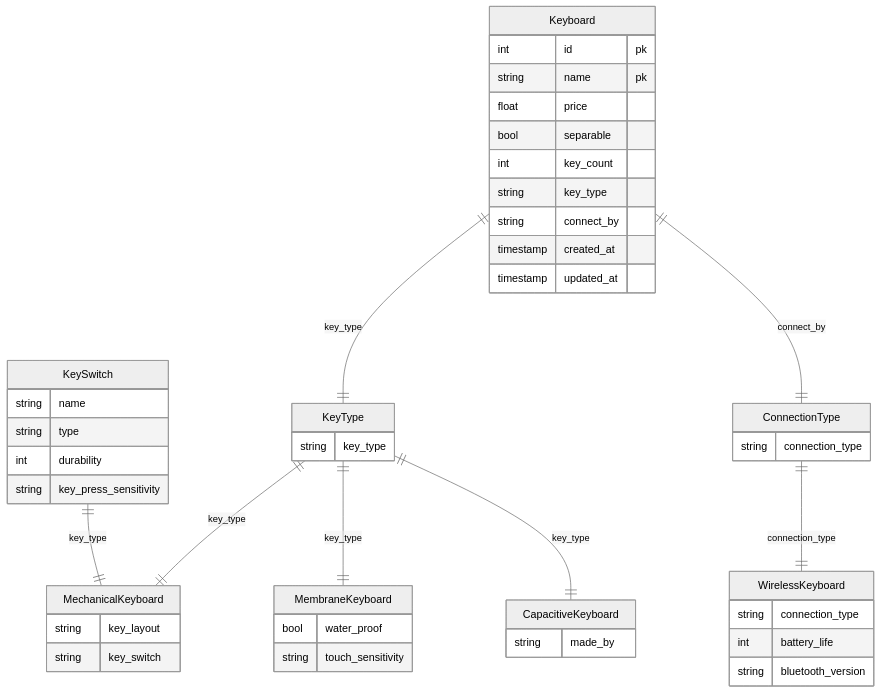
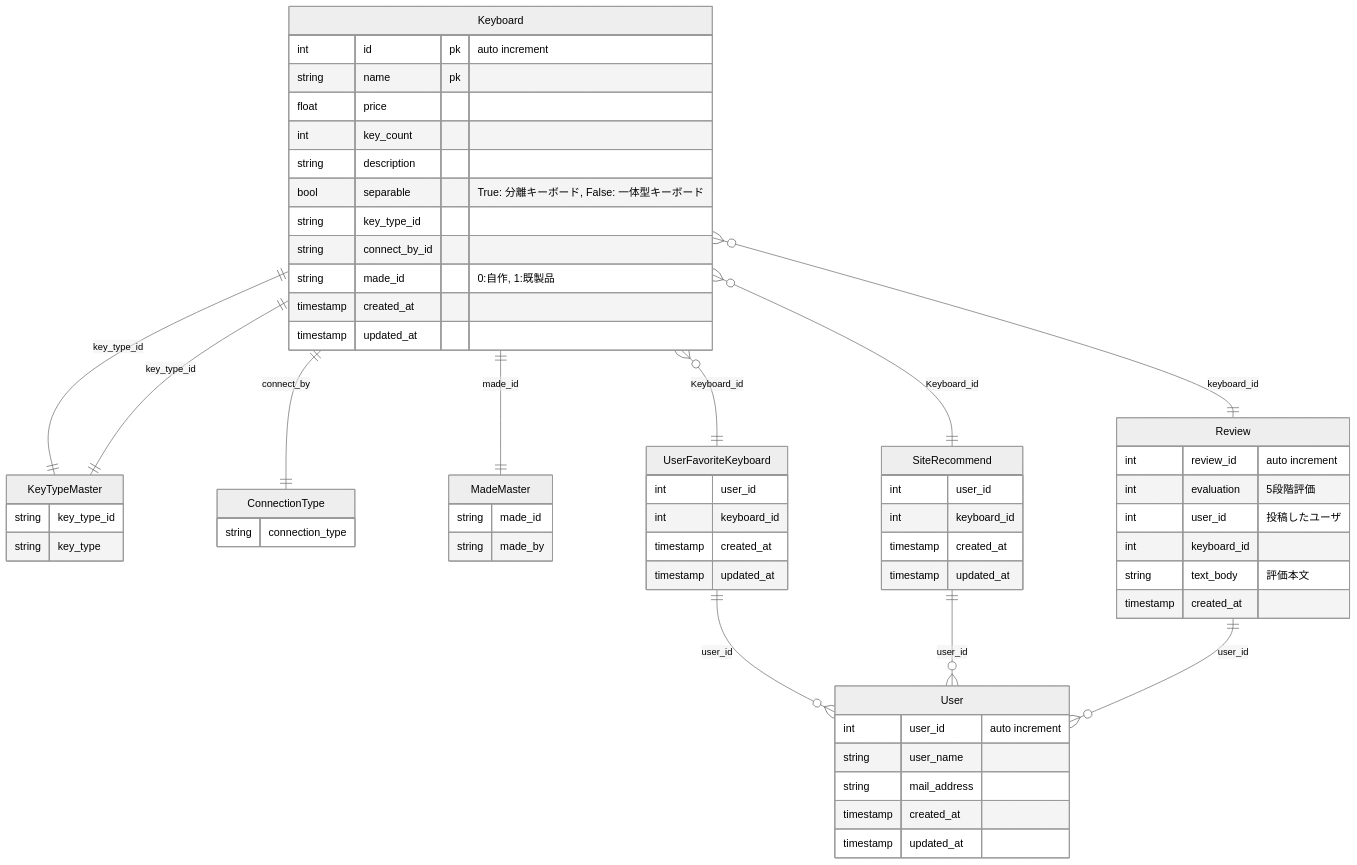
One commit to ksdeveloper0201/best_keyboard changed the diagram in クラス図.md. Above: the diagram before and after it, drawn with Mermaid (neutral theme). The commit also changed other lines of this file and 1 other file, not shown here.

Commit message:
er図更新

````diff
--- a/クラス図.md
+++ b/クラス図.md
@@ -1,62 +1,78 @@
 ```mermaid
 erDiagram
 
-    Keyboard ||--|| KeyType: key_type
+    Keyboard ||--|| KeyTypeMaster: key_type_id
     Keyboard ||--|| ConnectionType: connect_by
-    ConnectionType ||--|| WirelessKeyboard: connection_type
-    KeySwitch ||--|| MechanicalKeyboard: key_type
-    KeyType ||--|| MechanicalKeyboard: key_type
-    KeyType ||--|| MembraneKeyboard: key_type
-    KeyType ||--|| CapacitiveKeyboard: key_type
+    Keyboard ||--|| MadeMaster: made_id
+    Keyboard ||--|| KeyTypeMaster: key_type_id
+
 
     Keyboard {
-        int id pk
+        int id pk "auto increment"
         string name pk
         float price
-        bool separable
         int key_count
-        string key_type
-        string connect_by
+        string description
+        bool separable "True: 分離キーボード, False: 一体型キーボード"
+        string key_type_id
+        string connect_by_id
+        string made_id "0:自作, 1:既製品"
         timestamp created_at
         timestamp updated_at
     }
 
-    KeySwitch {
-        string name
-        string type
-        int durability
-        string key_press_sensitivity
+    MadeMaster {
+        string made_id
+        string made_by
     }
 
-    KeyType {
+    KeyTypeMaster {
+        string key_type_id
         string key_type
-    }
-
-    MechanicalKeyboard {
-        string key_layout
-        string key_switch
-    }
-
-    MembraneKeyboard {
-        bool water_proof
-        string touch_sensitivity
-    }
-
-    CapacitiveKeyboard {
-        string made_by
     }
 
     ConnectionType {
         string connection_type
     }
 
-    WirelessKeyboard {
-        string connection_type
-        int battery_life
-        string bluetooth_version
+    Keyboard }o--|| UserFavoriteKeyboard: Keyboard_id
+    UserFavoriteKeyboard ||--o{ User: user_id
+    Keyboard }o--|| SiteRecommend: Keyboard_id
+    SiteRecommend ||--o{ User: user_id
+
+
+    User {
+        int user_id "auto increment"
+        string user_name
+        string mail_address
+        timestamp created_at
+        timestamp updated_at
     }
 
+    UserFavoriteKeyboard {
+        int user_id
+        int keyboard_id
+        timestamp created_at
+        timestamp updated_at
+    }
 
+    SiteRecommend {
+        int user_id
+        int keyboard_id
+        timestamp created_at
+        timestamp updated_at
+    }
 
+    Keyboard }o--|| Review: keyboard_id
+    Review ||--o{ User: user_id
+
+    Review {
+        int review_id "auto increment"
+        int evaluation "5段階評価"
+        int user_id "投稿したユーザ"
+        int keyboard_id
+        string text_body "評価本文"
+        timestamp created_at
+    }
 
 ```
````
